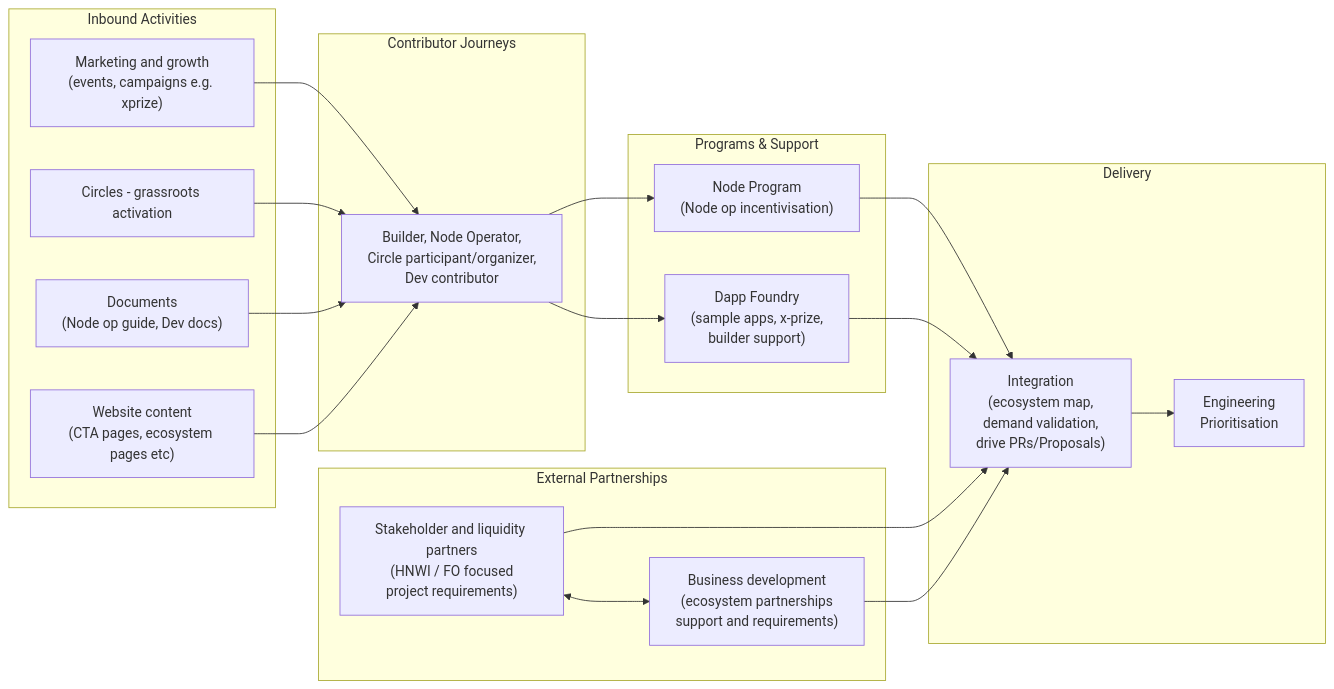
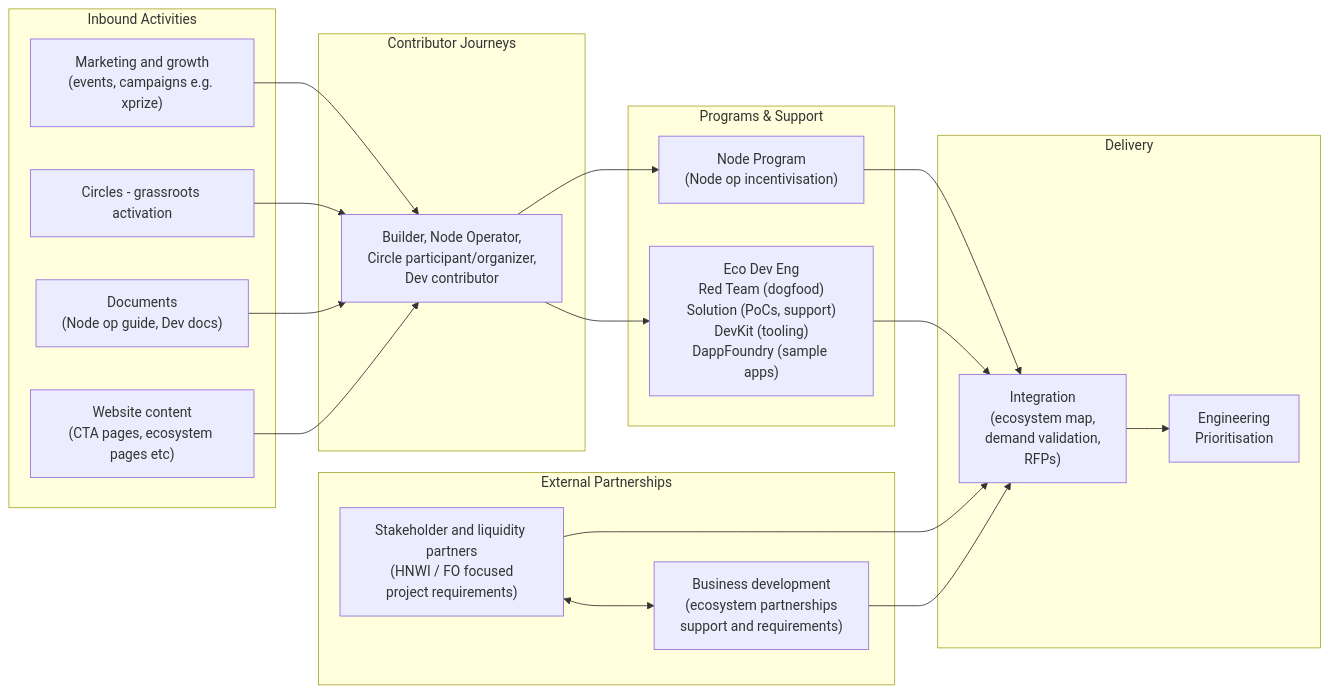
The diagram in content/index.md (logos-co/ecosystem), drawn with Mermaid before and after one commit.

Commit message:
Fix team diagram

````diff
--- a/content/index.md
+++ b/content/index.md
@@ -12,42 +12,42 @@
 ```mermaid
 flowchart LR
     subgraph Input["Inbound Activities"]
         MG["Marketing and growth<br/>(events, campaigns e.g. xprize)"]
         C["Circles - grassroots activation"]
         D["Documents<br/>(Node op guide, Dev docs)"]
         WC["Website content<br/>(CTA pages, ecosystem pages etc)"]
     end
 
     subgraph Core["Contributor Journeys"]
         CJ["Builder, Node Operator,<br/>Circle participant/organizer,<br/>Dev contributor"]
     end
 
     subgraph Programs["Programs & Support"]
         NP["Node Program<br/>(Node op incentivisation)"]
-        DF["Dapp Foundry<br/>(sample apps, x-prize,<br/>builder support)"]
+        DF["Eco Dev Eng<br/>Red Team (dogfood)<br/>Solution (PoCs, support)<br/>DevKit (tooling)<br/>DappFoundry (sample apps)"]
     end
 
     subgraph External["External Partnerships"]
         SLP["Stakeholder and liquidity partners<br/>(HNWI / FO focused<br/>project requirements)"]
         BD["Business development<br/>(ecosystem partnerships<br/>support and requirements)"]
     end
 
     subgraph Delivery["Delivery"]
-        INT["Integration<br/>(ecosystem map,<br/>demand validation,<br/>drive PRs/Proposals)"]
+        INT["Integration<br/>(ecosystem map,<br/>demand validation,<br/>RFPs)"]
         EP["Engineering<br/>Prioritisation"]
     end
 
     %% Connections
     MG --> CJ
     C --> CJ
     D --> CJ
     WC --> CJ
     CJ --> NP
     CJ --> DF
     NP --> INT
     DF --> INT
     SLP --> INT
     BD --> INT
     SLP <--> BD
     INT --> EP
 ```
````
